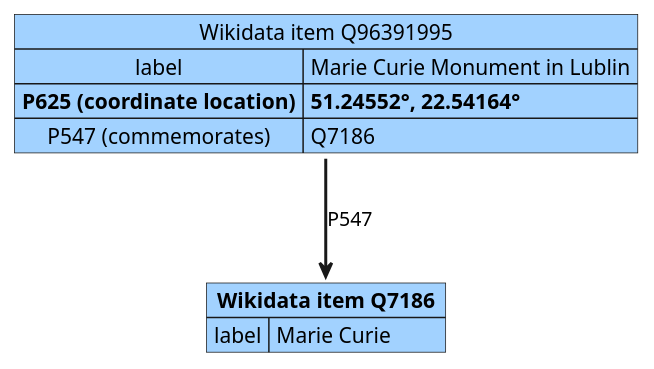
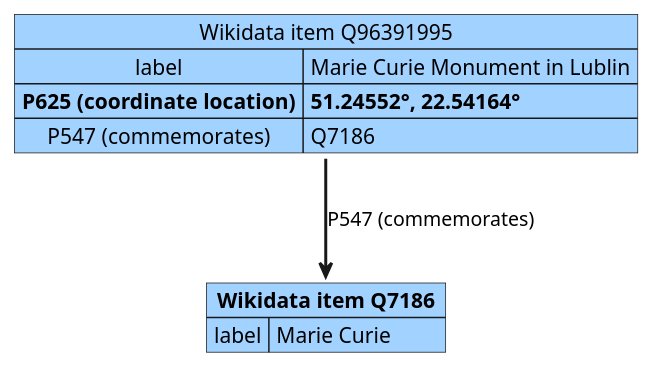
Before and after one commit to Danysan1/osm-wikidata-map-framework: the diagram in images/data/wd_direct.plantuml, drawn with PlantUML. The commit also changed 13 other files, not shown here.

```diff
--- a/images/data/wd_direct.plantuml
+++ b/images/data/wd_direct.plantuml
@@ -1,15 +1,15 @@
 @startuml wd_direct
 
 map "**Wikidata item Q7186**" as wikia #a2d2ff {
   label => Marie Curie
 }
 
 map "Wikidata item Q96391995" as wikie #a2d2ff {
   label => Marie Curie Monument in Lublin
   **P625 (coordinate location)** => **51.24552°, 22.54164°**
   P547 (commemorates) => Q7186
 }
 
-wikie -[bold]-> wikia : P547
+wikie -[bold]-> wikia : P547 (commemorates)
 
 @enduml
```
